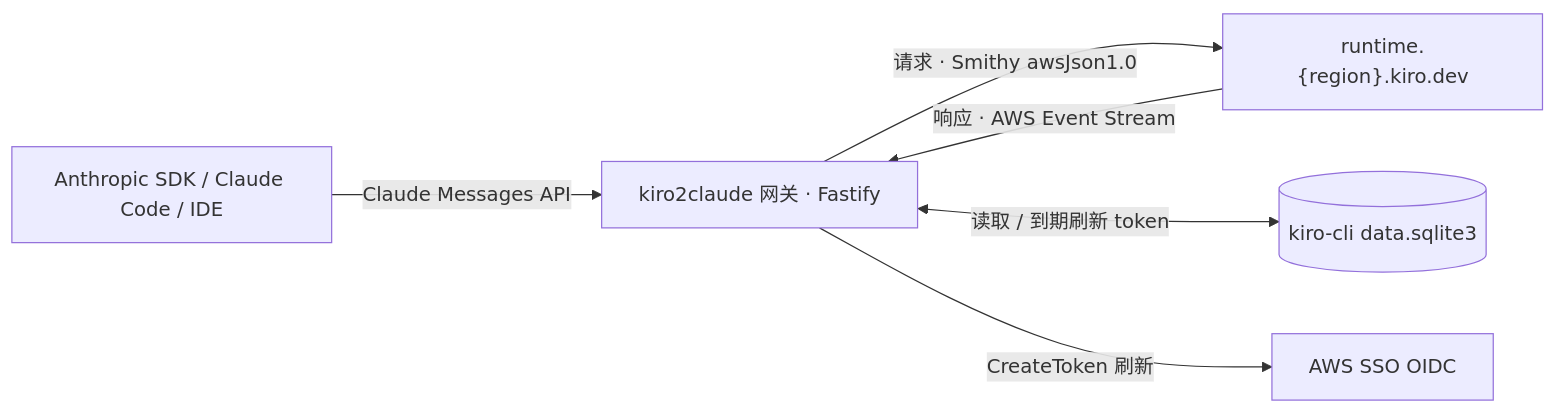
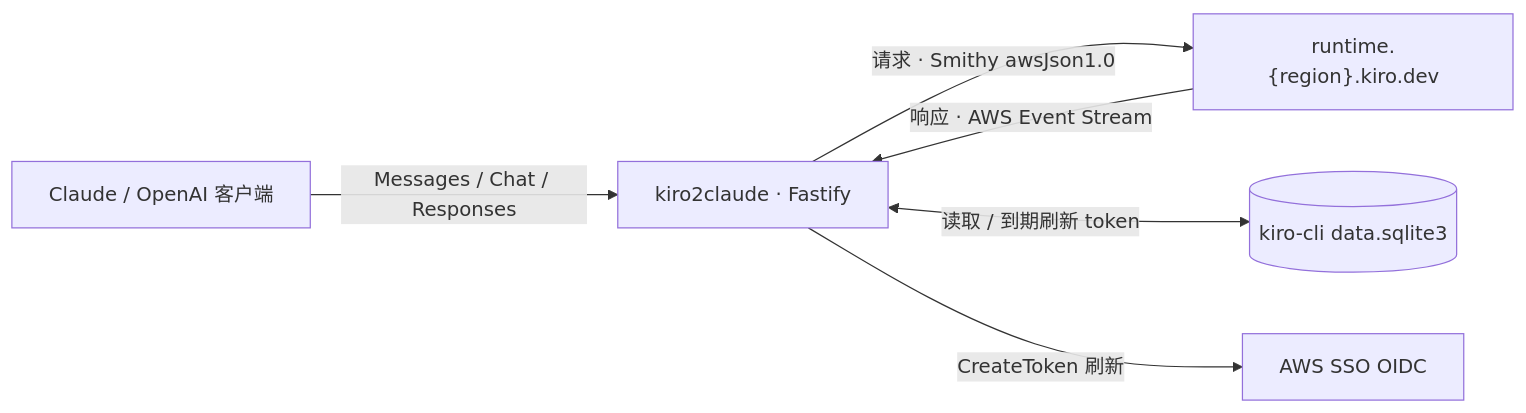
The diagram in README.md (yupanzi/kiro2claude), drawn with Mermaid before and after one commit. The commit also changed other lines of this file and 50 other files, not shown here.

First line of the commit message:
feat: 新增 OpenAI 双协议兼容层(Chat Completions + Responses)

````diff
--- a/README.md
+++ b/README.md
@@ -15,14 +26,14 @@
 ```mermaid
 flowchart LR
-    client["Anthropic SDK / Claude Code / IDE"]
-    gw["kiro2claude 网关 · Fastify"]
+    client["Claude / OpenAI 客户端"]
+    gw["kiro2claude · Fastify"]
     kiro["runtime.{region}.kiro.dev"]
     oidc["AWS SSO OIDC"]
     db[("kiro-cli data.sqlite3")]
 
-    client -->|"Claude Messages API"| gw
+    client -->|"Messages / Chat / Responses"| gw
     gw -->|"请求 · Smithy awsJson1.0"| kiro
     kiro -->|"响应 · AWS Event Stream"| gw
     gw <-->|"读取 / 到期刷新 token"| db
     gw -->|"CreateToken 刷新"| oidc
 ```
````
